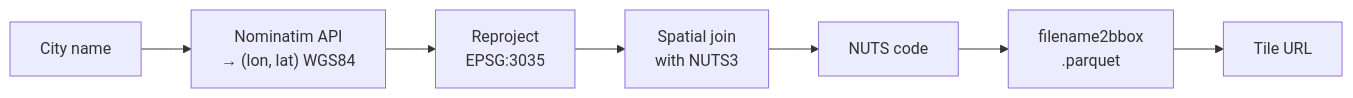
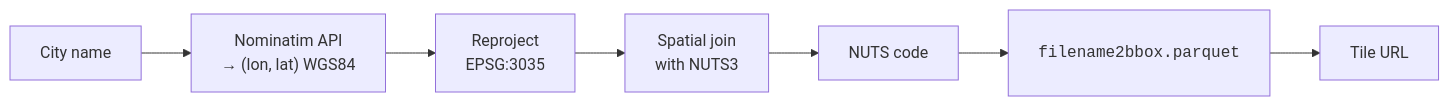
Before and after one commit to AIML4OS/funathon-project3: the diagram in 1-acquisition.qmd, drawn with Mermaid. The commit also changed other lines of this file, not shown here.

````diff
--- a/1-acquisition.qmd
+++ b/1-acquisition.qmd
@@ -588,12 +588,12 @@
 ```{mermaid}
 %%| label: fig-city-to-tile
 %%| fig-cap: "From a city name to a satellite tile URL."
 %%| eval: true
 flowchart LR
     A["City name"] --> B["Nominatim API<br>→ (lon, lat) WGS84"]
     B --> C["Reproject<br>EPSG:3035"]
     C --> D["Spatial join<br>with NUTS3"]
     D --> E["NUTS code"]
-    E --> F["filename2bbox<br>.parquet"]
+    E --> F["<pre>filename2bbox.parquet</pre>"]
     F --> G["Tile URL"]
 ```
````
